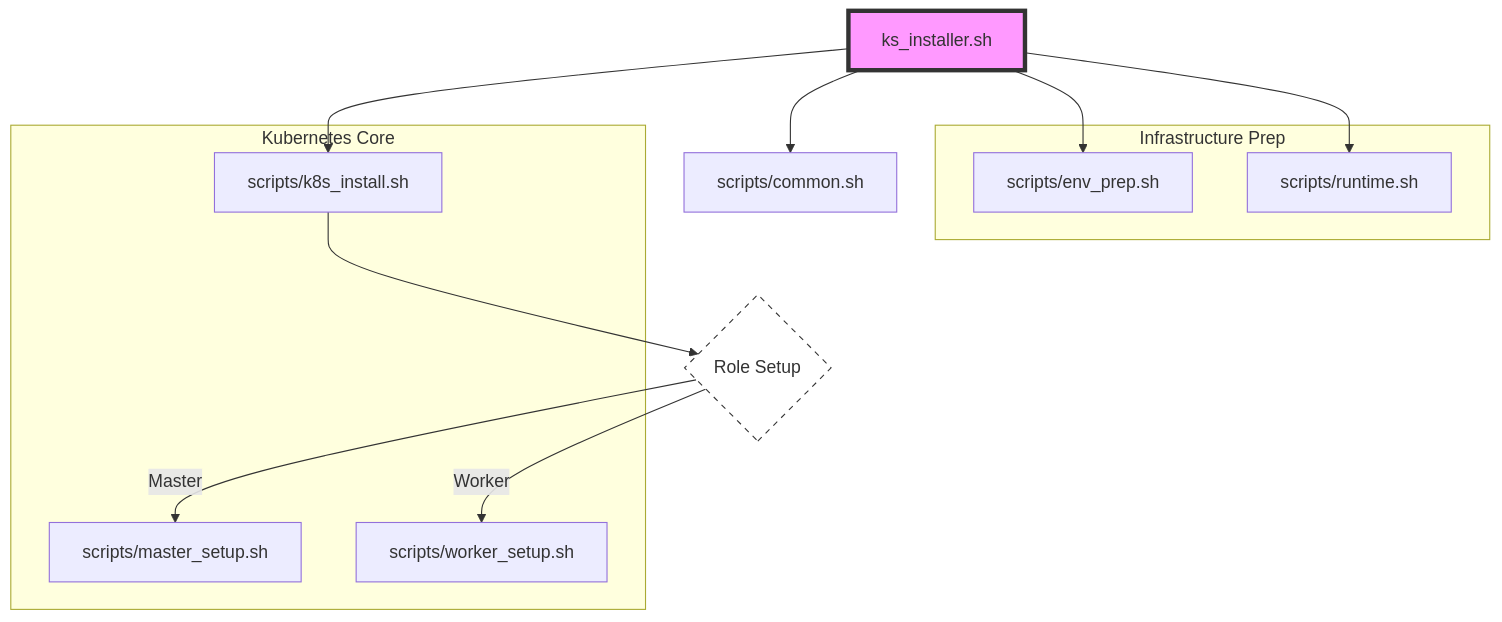
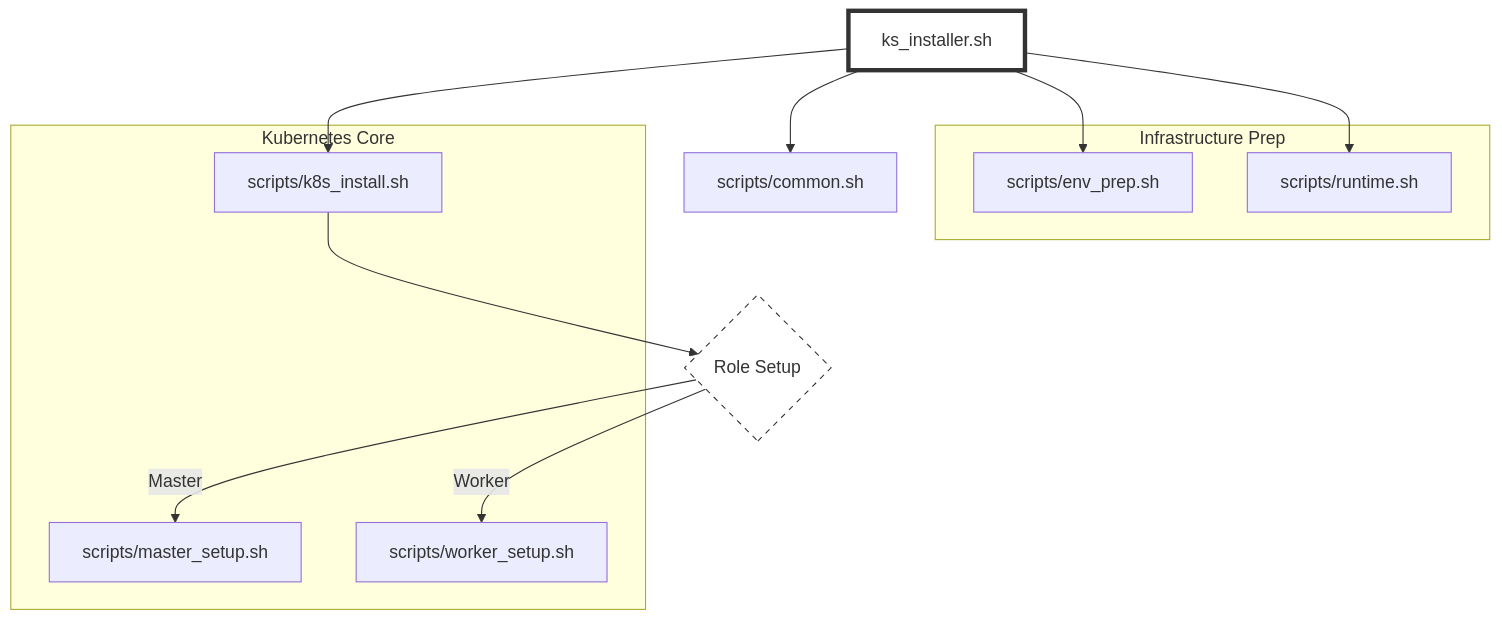
Before and after one commit to anubhavbuildz/k8s: the diagram in README.md, drawn with Mermaid. The commit also changed other lines of this file, not shown here.

````diff
--- a/README.md
+++ b/README.md
@@ -24,25 +24,25 @@
 ```mermaid
 graph TD
     Main[ks_installer.sh] --> Common[scripts/common.sh]
     Main --> Env[scripts/env_prep.sh]
     Main --> Runtime[scripts/runtime.sh]
     Main --> K8s[scripts/k8s_install.sh]
-    
+
     K8s --> Role{Role Setup}
     Role -- Master --> MasterSetup[scripts/master_setup.sh]
     Role -- Worker --> WorkerSetup[scripts/worker_setup.sh]
 
     subgraph "Infrastructure Prep"
         Env
         Runtime
     end
 
     subgraph "Kubernetes Core"
         K8s
         MasterSetup
         WorkerSetup
     end
-    
-    style Main fill:#f9f,stroke:#333,stroke-width:4px
+
+    style Main fill:#fff,stroke:#333,stroke-width:4px
     style Role fill:#fff,stroke:#333,stroke-dasharray: 5 5
 ```
````
